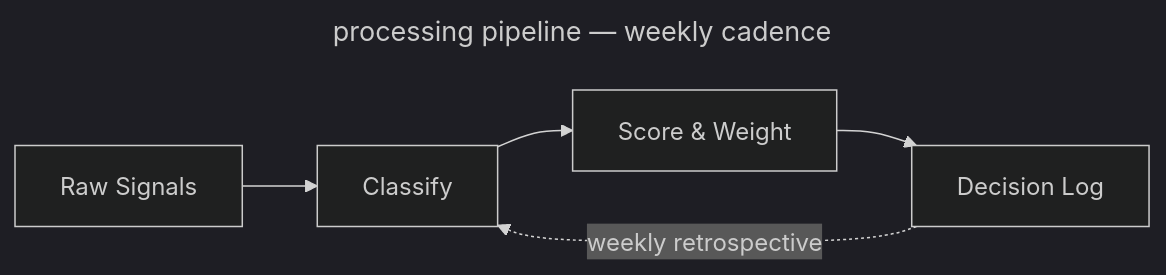
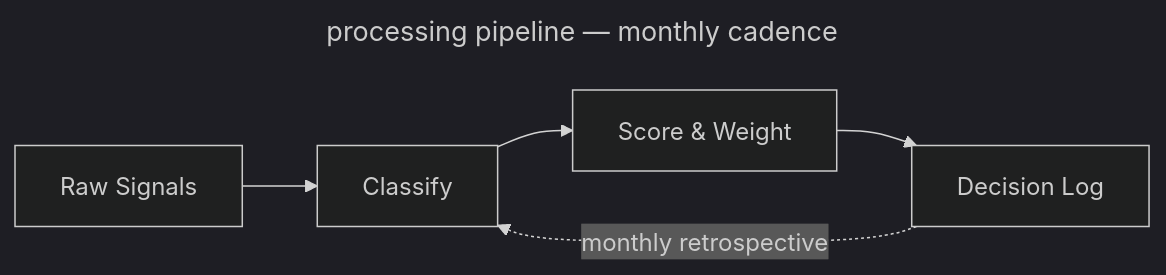
The diagram in test/integration/baseline-decks/gallery.md (SlideWright/lattice), drawn with Mermaid (dark theme) before and after one commit. The commit also changed other lines of this file and 12 other files, not shown here.

````diff
--- a/test/integration/baseline-decks/gallery.md
+++ b/test/integration/baseline-decks/gallery.md
@@ -65,10 +65,10 @@
 ```mermaid
 ---
-title: processing pipeline — weekly cadence
+title: processing pipeline — monthly cadence
 ---
 flowchart LR
   A["Raw Signals"] --> B["Classify"]
   B --> C["Score & Weight"]
   C --> D["Decision Log"]
-  D -.->|"weekly retrospective"| B
+  D -.->|"monthly retrospective"| B
 ```
````
